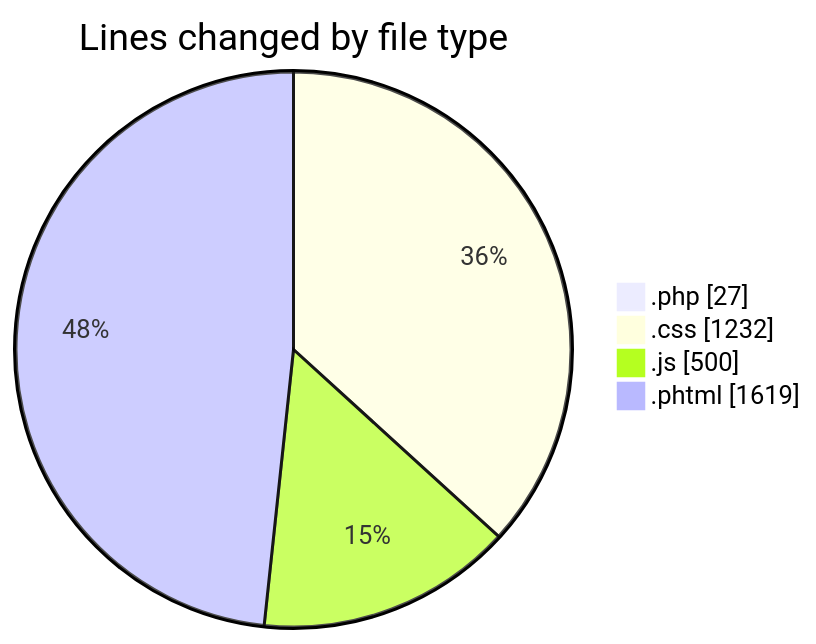
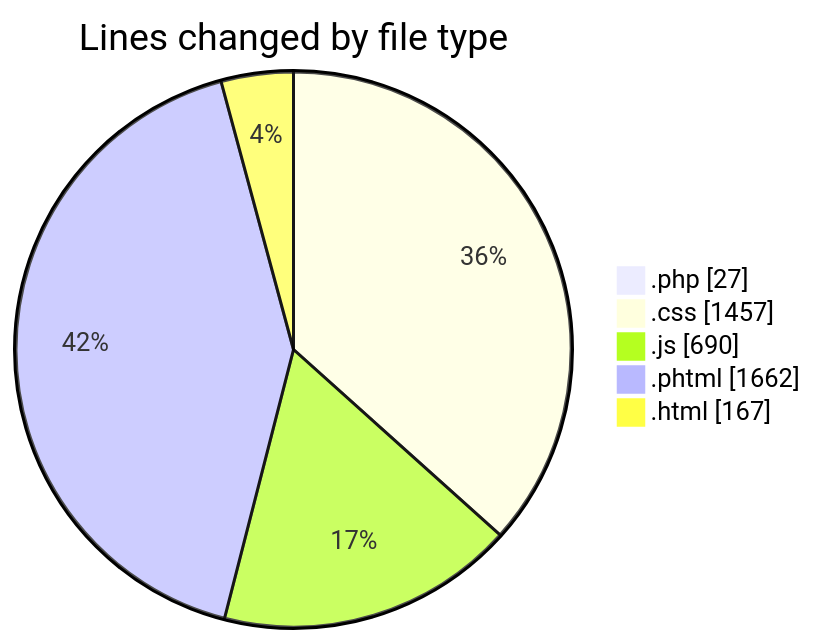
One commit to lephambinh05/code-tracking changed the first of 2 diagrams in 2025-09-18/forum_cybernix_vn/README.md. Above: the diagram before and after it, drawn with Mermaid. The commit also changed other lines of this file and 1 other file, not shown here.

````diff
--- a/2025-09-18/forum_cybernix_vn/README.md
+++ b/2025-09-18/forum_cybernix_vn/README.md
@@ -24,8 +27,9 @@
 ```mermaid
 pie showData
 title Lines changed by file type
 ".php" : 27
-".css" : 1232
-".js" : 500
-".phtml" : 1619
+".css" : 1457
+".js" : 690
+".phtml" : 1662
+".html" : 167
 ```
````
